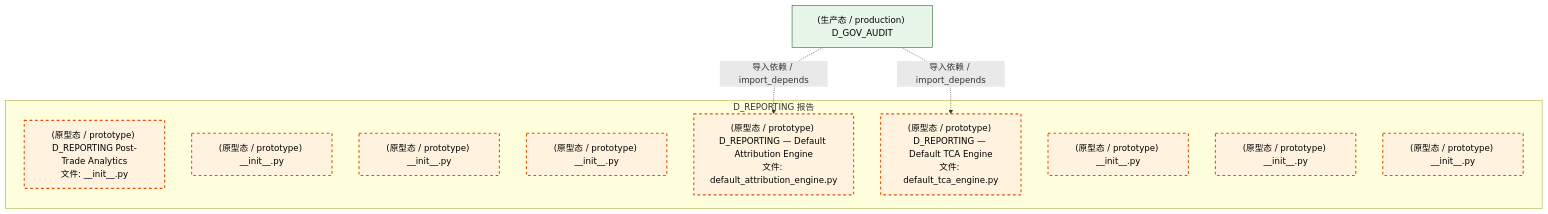
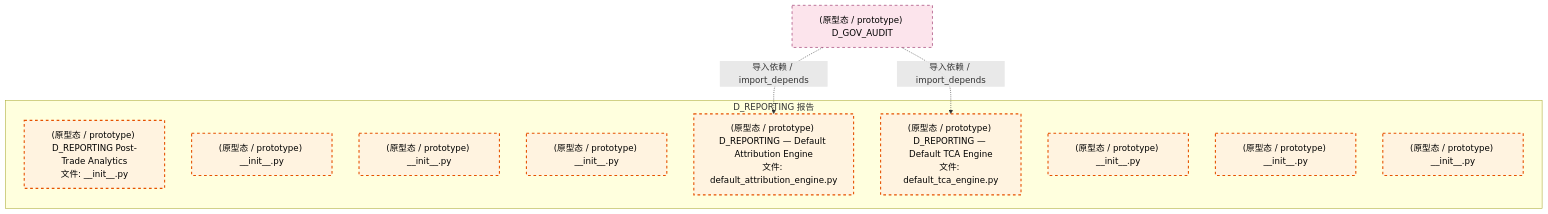
Before and after one commit to xuanFelixVan/ZephyrAlpha: the third of 4 diagrams in docs/02_enterprise_architecture/02_domain_architecture_docs/21_d_reporting.md, drawn with Mermaid. The commit also changed other lines of this file and 112 other files, not shown here.

````diff
--- a/docs/02_enterprise_architecture/02_domain_architecture_docs/21_d_reporting.md
+++ b/docs/02_enterprise_architecture/02_domain_architecture_docs/21_d_reporting.md
@@ -134,23 +133,23 @@
 ```mermaid
 graph TD
     subgraph D_REPORTING["D_REPORTING 报告"]
         src_zephyr_reporting_init_py["(原型态 / prototype) D_REPORTING Post-Trade Analytics<br/>文件: __init__.py"]
         src_zephyr_reporting_extensions_init_py["(原型态 / prototype) __init__.py"]
         src_zephyr_reporting_api_init_py["(原型态 / prototype) __init__.py"]
         src_zephyr_reporting_core_init_py["(原型态 / prototype) __init__.py"]
         src_zephyr_reporting_default_attribution_engine_py["(原型态 / prototype) D_REPORTING — Default Attribution Engine<br/>文件: default_attribution_engine.py"]
         src_zephyr_reporting_default_tca_engine_py["(原型态 / prototype) D_REPORTING — Default TCA Engine<br/>文件: default_tca_engine.py"]
         src_zephyr_reporting_infrastructure_init_py["(原型态 / prototype) __init__.py"]
         src_zephyr_reporting_models_init_py["(原型态 / prototype) __init__.py"]
         src_zephyr_reporting_services_init_py["(原型态 / prototype) __init__.py"]
     end
-    D_GOV_AUDIT["(生产态 / production) D_GOV_AUDIT"]
+    D_GOV_AUDIT["(原型态 / prototype) D_GOV_AUDIT"]
+    D_GOV_AUDIT -.->|导入依赖 / import_depends| src_zephyr_reporting_default_attribution_engine_py
     D_GOV_AUDIT -.->|导入依赖 / import_depends| src_zephyr_reporting_default_tca_engine_py
-    D_GOV_AUDIT -.->|导入依赖 / import_depends| src_zephyr_reporting_default_attribution_engine_py
     classDef production fill:#e1f5fe,stroke:#01579b,stroke-width:2px,color:#000
     classDef design fill:#fff3e0,stroke:#e65100,stroke-width:2px,color:#000,stroke-dasharray: 5 5
     classDef external_prod fill:#e8f5e9,stroke:#1b5e20,stroke-width:1px,color:#000
     classDef external_design fill:#fce4ec,stroke:#880e4f,stroke-width:1px,color:#000,stroke-dasharray: 5 5
     class src_zephyr_reporting_init_py,src_zephyr_reporting_extensions_init_py,src_zephyr_reporting_api_init_py,src_zephyr_reporting_core_init_py,src_zephyr_reporting_default_attribution_engine_py,src_zephyr_reporting_default_tca_engine_py,src_zephyr_reporting_infrastructure_init_py,src_zephyr_reporting_models_init_py,src_zephyr_reporting_services_init_py design
-    class D_GOV_AUDIT external_prod
+    class D_GOV_AUDIT external_design
 ```
````
